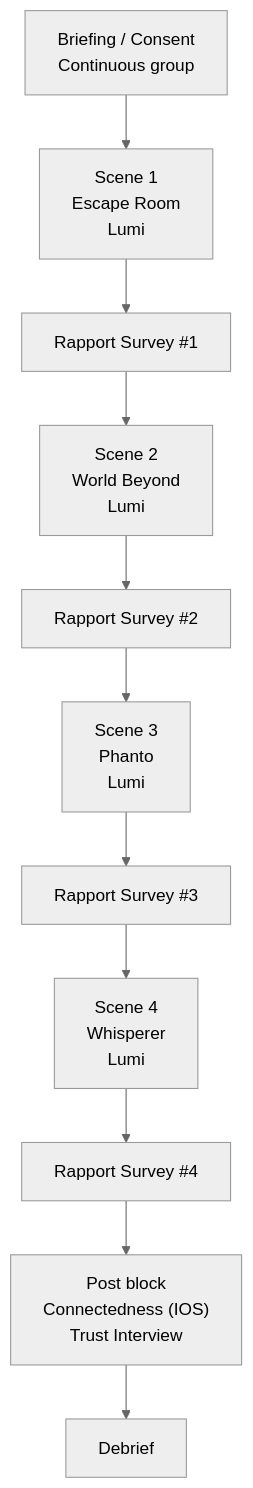
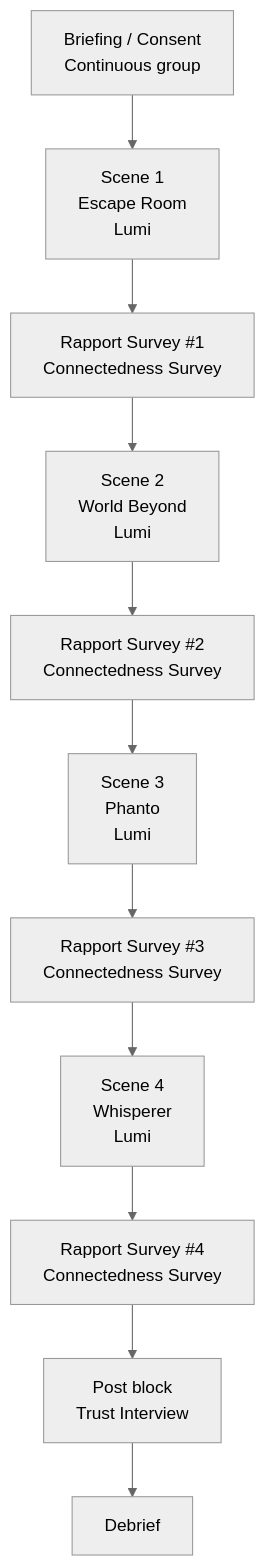
The second of 2 diagrams in README.md (R1chi33333/Virtual-Agents), drawn with Mermaid (neutral theme) before and after one commit. The commit also changed other lines of this file, not shown here.

````diff
--- a/README.md
+++ b/README.md
@@ -123,15 +123,15 @@
 ```mermaid
 flowchart TD
     A["Briefing / Consent<br/>Continuous group"]
     S1["Scene 1<br/>Escape Room<br/>Lumi"]
-    R1["Rapport Survey #1"]
+    R1["Rapport Survey #1<br/>Connectedness Survey"]
     S2["Scene 2<br/>World Beyond<br/>Lumi"]
-    R2["Rapport Survey #2"]
+    R2["Rapport Survey #2<br/>Connectedness Survey"]
     S3["Scene 3<br/>Phanto<br/>Lumi"]
-    R3["Rapport Survey #3"]
+    R3["Rapport Survey #3<br/>Connectedness Survey"]
     S4["Scene 4<br/>Whisperer<br/>Lumi"]
-    R4["Rapport Survey #4"]
-    P["Post block<br/>Connectedness (IOS)<br/>Trust Interview"]
+    R4["Rapport Survey #4<br/>Connectedness Survey"]
+    P["Post block<br/>Trust Interview"]
     D["Debrief"]
     A --> S1 --> R1 --> S2 --> R2 --> S3 --> R3 --> S4 --> R4 --> P --> D
 ```
````
